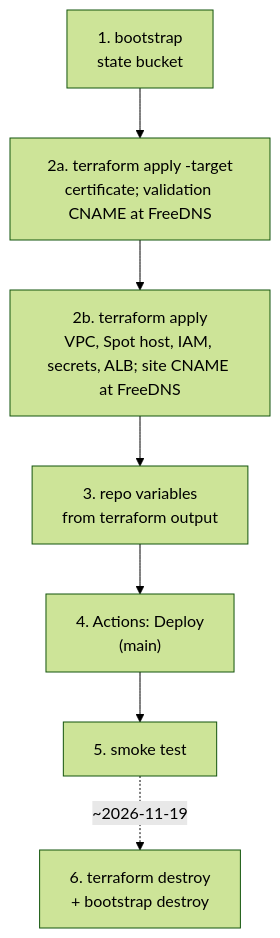
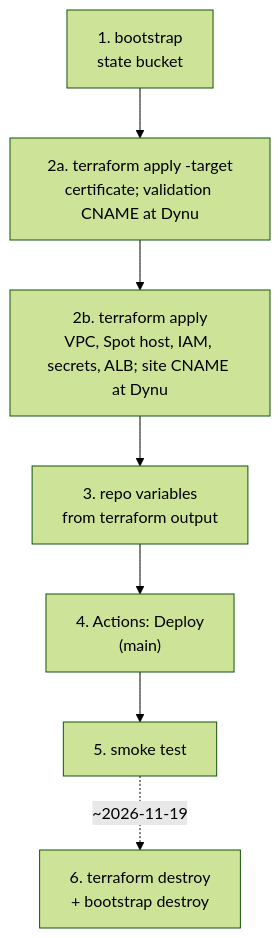
One commit to AY2627S1-CS3219-P23/foc changed the first of 2 diagrams in infra/README.md. Above: the diagram before and after it, drawn with Mermaid (forest theme). The commit also changed other lines of this file and 6 other files, not shown here.

First line of the commit message:
fix(infra): the site's hostname is foc.dynu.net on Dynu (#48, DP18 revised)

````diff
--- a/infra/README.md
+++ b/infra/README.md
@@ -25,9 +27,9 @@
 ```mermaid
 flowchart TD
-  b["1. bootstrap<br/>state bucket"] --> c["2a. terraform apply -target<br/>certificate; validation CNAME at FreeDNS"]
-  c --> a["2b. terraform apply<br/>VPC, Spot host, IAM, secrets, ALB; site CNAME at FreeDNS"]
+  b["1. bootstrap<br/>state bucket"] --> c["2a. terraform apply -target<br/>certificate; validation CNAME at Dynu"]
+  c --> a["2b. terraform apply<br/>VPC, Spot host, IAM, secrets, ALB; site CNAME at Dynu"]
   a --> v["3. repo variables<br/>from terraform output"]
   v --> d["4. Actions: Deploy<br/>(main)"]
   d --> s["5. smoke test"]
   s -.->|"~2026-11-19"| x["6. terraform destroy<br/>+ bootstrap destroy"]
 ```
````
